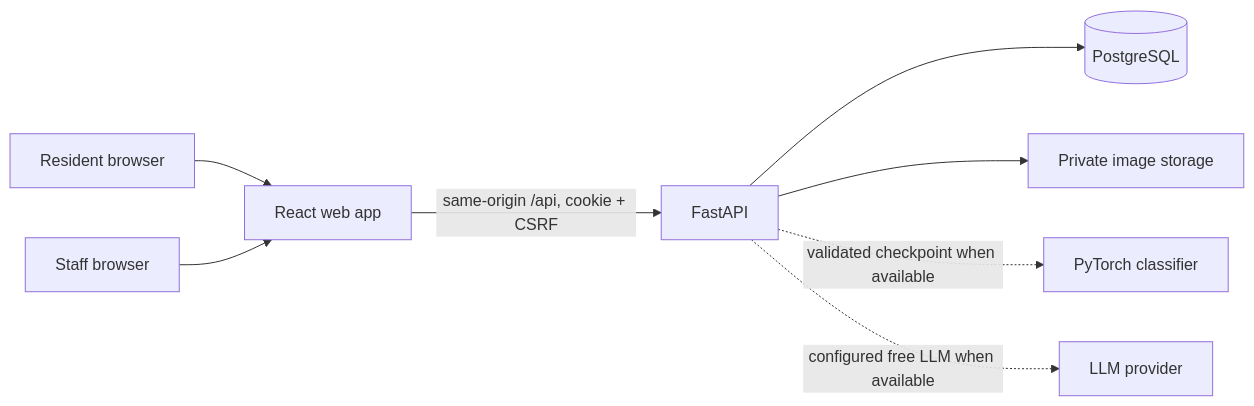
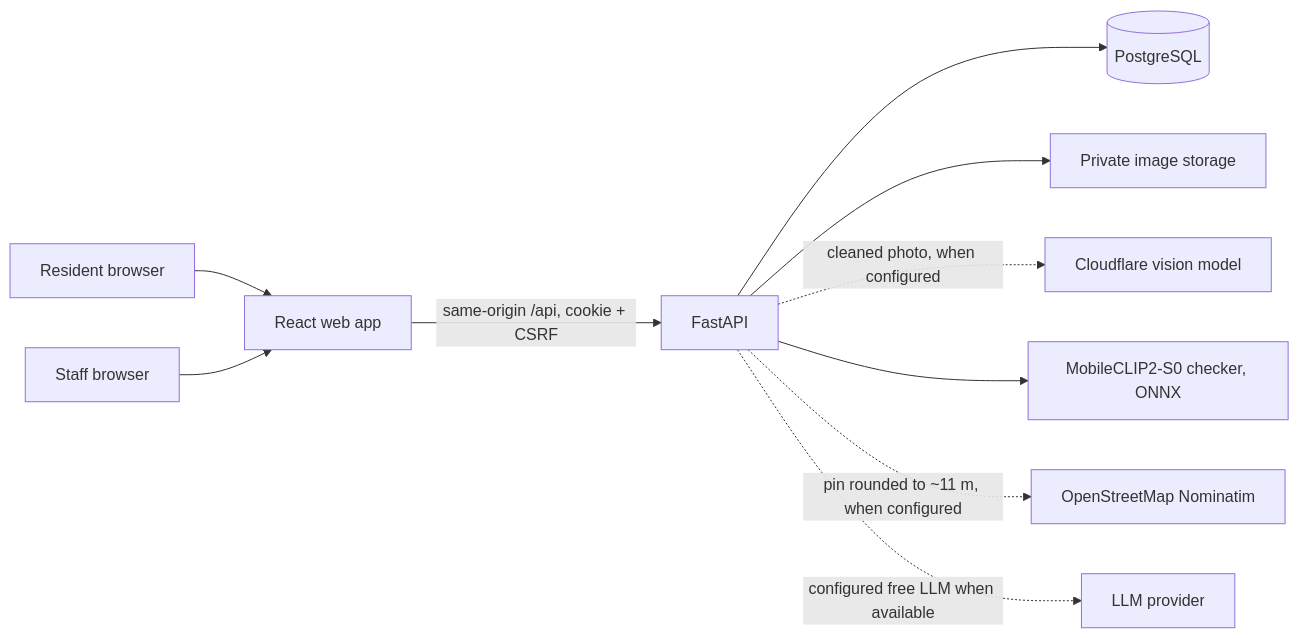
One commit to RedGla/barangai-watch changed the first of 2 diagrams in docs/architecture.md. Above: the diagram before and after it, drawn with Mermaid. The commit also changed 39 other files, not shown here.

First line of the commit message:
feat: fill reports from the photo with Cloudflare vision and a MobileCLIP checker

````diff
--- a/docs/architecture.md
+++ b/docs/architecture.md
@@ -3,10 +3,12 @@
 ```mermaid
 flowchart LR
   R[Resident browser] --> W[React web app]
   S[Staff browser] --> W
   W -->|same-origin /api, cookie + CSRF| A[FastAPI]
   A --> P[(PostgreSQL)]
   A --> M[Private image storage]
-  A -. validated checkpoint when available .-> V[PyTorch classifier]
+  A -. cleaned photo, when configured .-> V[Cloudflare vision model]
+  A --> C[MobileCLIP2-S0 checker, ONNX]
+  A -. pin rounded to ~11 m, when configured .-> G[OpenStreetMap Nominatim]
   A -. configured free LLM when available .-> L[LLM provider]
 ```
````
